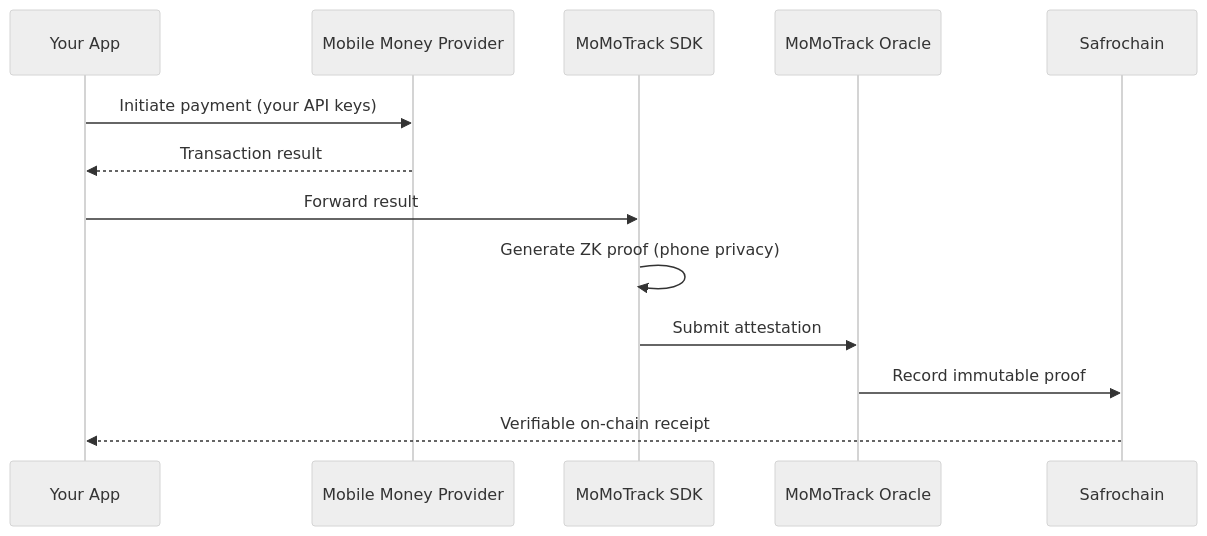
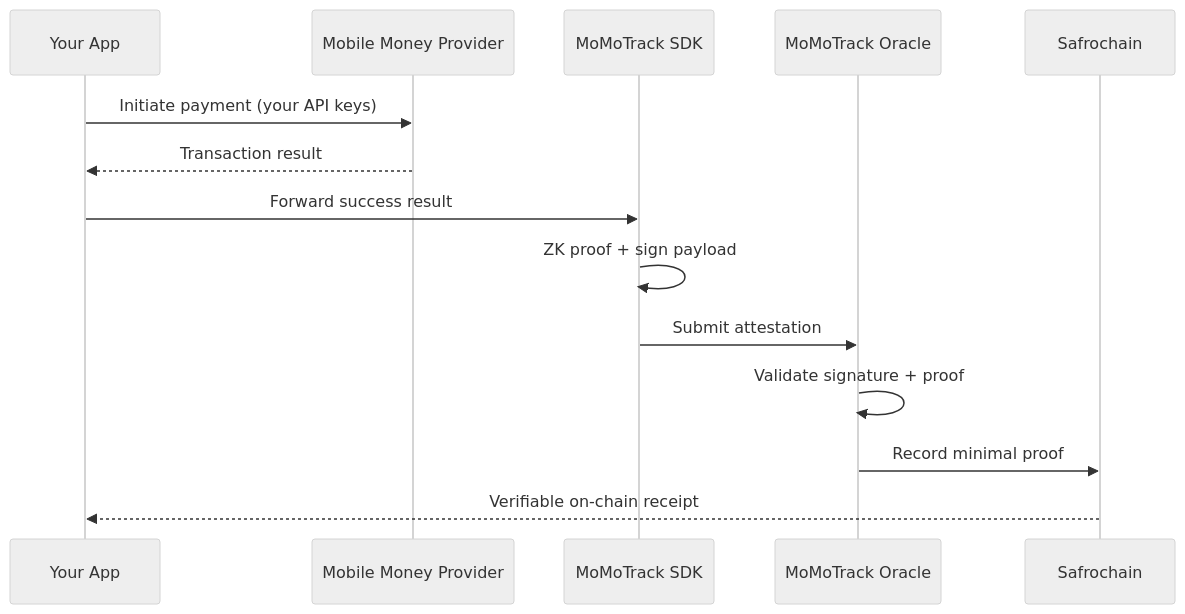
Before and after one commit to Safrochain-Org/MoMoTrack-Oracle: the diagram in README.md, drawn with Mermaid (neutral theme). The commit also changed other lines of this file and 9 other files, not shown here.

````diff
--- a/README.md
+++ b/README.md
@@ -33,16 +49,17 @@
 ```mermaid
 sequenceDiagram
     participant App as Your App
     participant MoMo as Mobile Money Provider
     participant SDK as MoMoTrack SDK
     participant Oracle as MoMoTrack Oracle
     participant Chain as Safrochain
 
     App->>MoMo: Initiate payment (your API keys)
     MoMo-->>App: Transaction result
-    App->>SDK: Forward result
-    SDK->>SDK: Generate ZK proof (phone privacy)
+    App->>SDK: Forward success result
+    SDK->>SDK: ZK proof + sign payload
     SDK->>Oracle: Submit attestation
-    Oracle->>Chain: Record immutable proof
+    Oracle->>Oracle: Validate signature + proof
+    Oracle->>Chain: Record minimal proof
     Chain-->>App: Verifiable on-chain receipt
 ```
````
